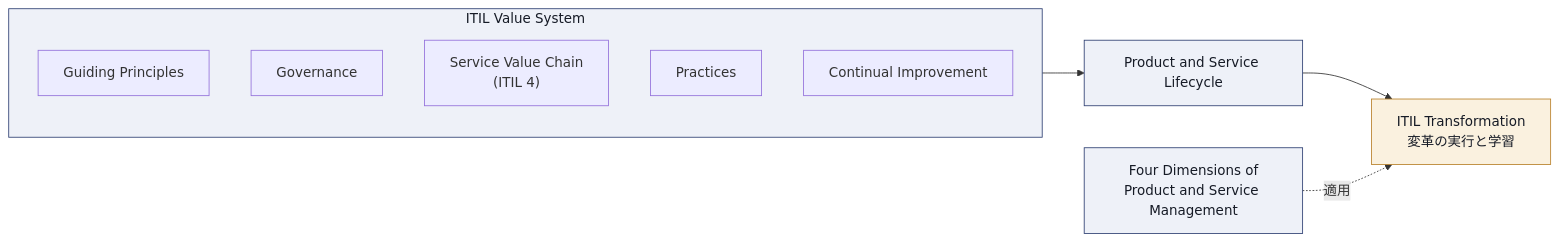
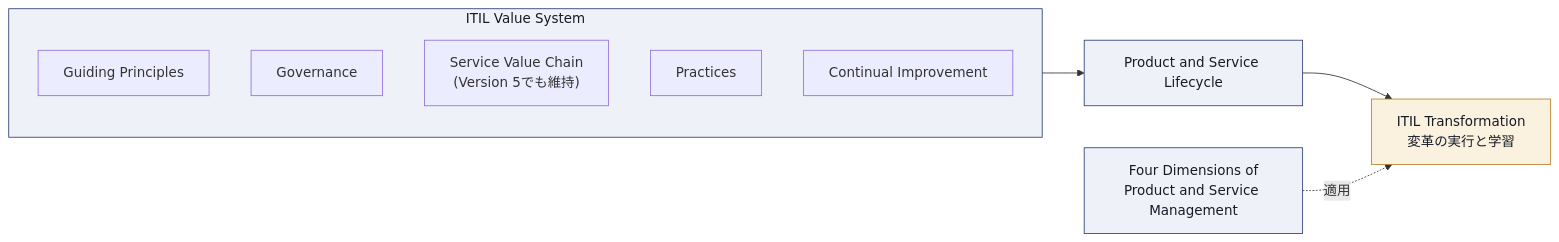
One commit to myoshi2891/Management-Team-Building-Studies changed the second of 15 diagrams in Itil-transformation-v5-study-guide.md. Above: the diagram before and after it, drawn with Mermaid. The commit also changed other lines of this file, not shown here.

Commit message:
docs(itil-transformation): clarify SVC continuity in Version 5 and refine pattern diagram

````diff
--- a/Itil-transformation-v5-study-guide.md
+++ b/Itil-transformation-v5-study-guide.md
@@ -157,18 +157,18 @@
 ```mermaid
 flowchart LR
     subgraph VS["ITIL Value System"]
         GP["Guiding Principles"]
         GOV["Governance"]
-        SVC["Service Value Chain<br/>(ITIL 4)"]
+        SVC["Service Value Chain<br/>(Version 5でも維持)"]
         PRAC["Practices"]
         CI["Continual Improvement"]
     end
     VS --> PSL["Product and Service Lifecycle"]
     PSL --> TR["ITIL Transformation<br/>変革の実行と学習"]
     FD["Four Dimensions of<br/>Product and Service Management"] -.適用.-> TR
 
     classDef box fill:#EEF1F8,stroke:#2E3F72,color:#161B26
     classDef hub fill:#FAF1DF,stroke:#B8802A,color:#161B26
     class VS,PSL,FD box
     class TR hub
 ```
````
